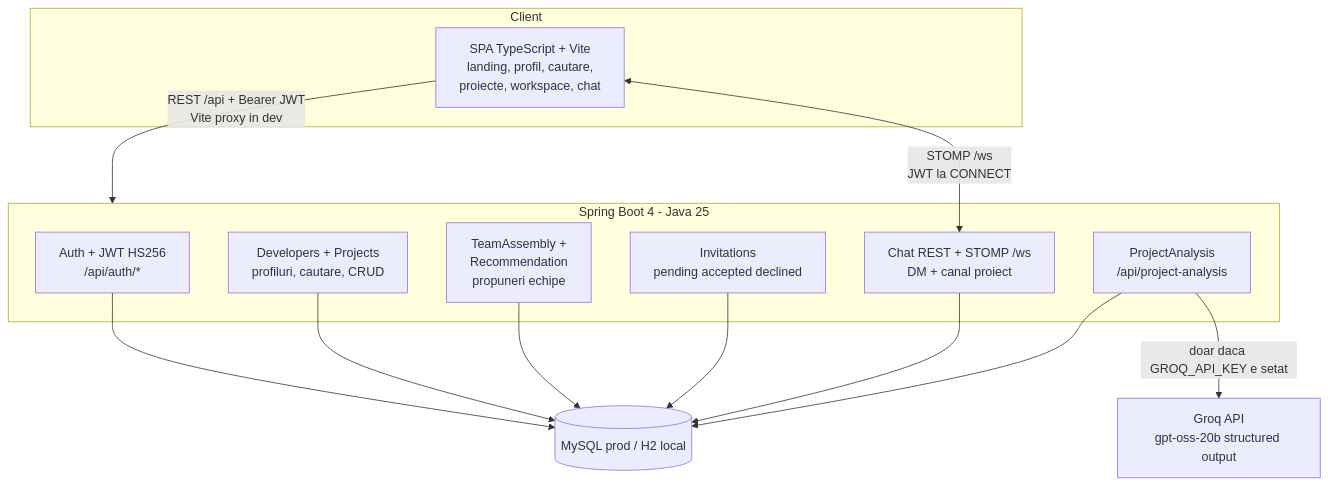
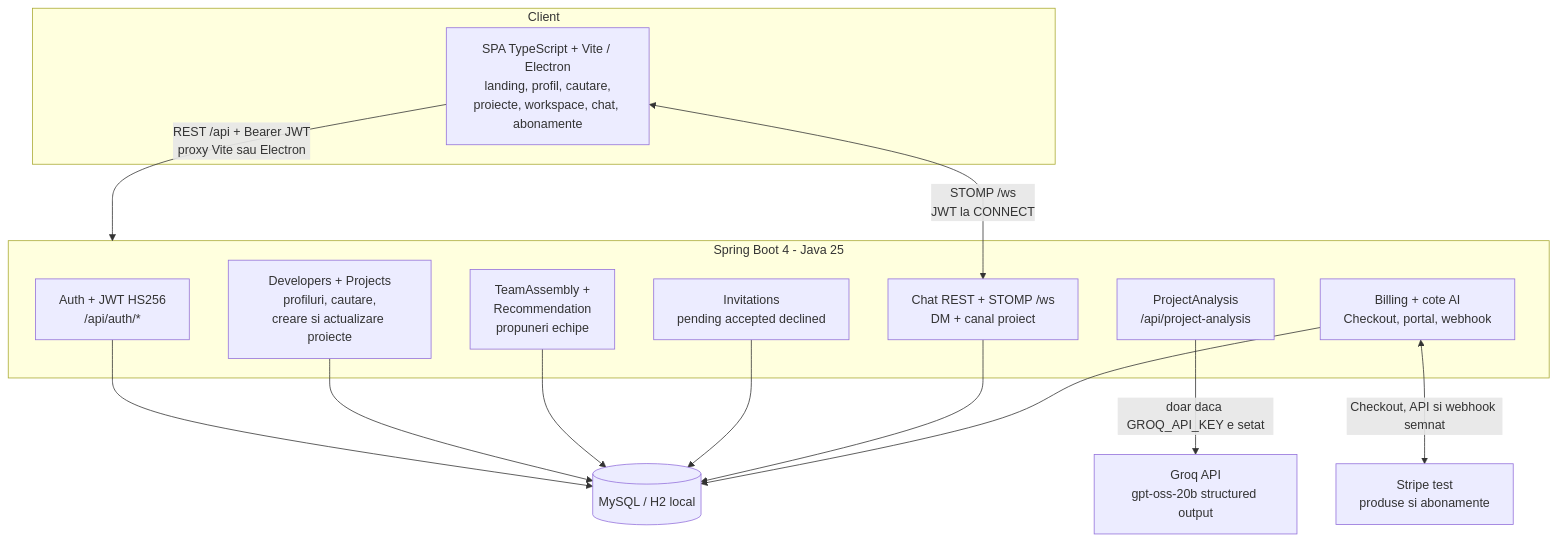
One commit to alexIO275/dotconn changed the first of 2 diagrams in README.md. Above: the diagram before and after it, drawn with Mermaid. The commit also changed other lines of this file and 53 other files, not shown here.

````diff
--- a/README.md
+++ b/README.md
@@ -110,28 +140,31 @@
 ```mermaid
 flowchart TD
   subgraph Client
-    UI[SPA TypeScript + Vite<br/>landing, profil, cautare,<br/>proiecte, workspace, chat]
+    UI[SPA TypeScript + Vite / Electron<br/>landing, profil, cautare,<br/>proiecte, workspace, chat, abonamente]
   end
 
   subgraph Backend[Spring Boot 4 - Java 25]
     Auth[Auth + JWT HS256<br/>/api/auth/*]
-    Profiles[Developers + Projects<br/>profiluri, cautare, CRUD]
+    Profiles[Developers + Projects<br/>profiluri, cautare,<br/>creare si actualizare proiecte]
     Team[TeamAssembly +<br/>Recommendation<br/>propuneri echipe]
     Inv[Invitations<br/>pending accepted declined]
     WS[Chat REST + STOMP /ws<br/>DM + canal proiect]
     AI[ProjectAnalysis<br/>/api/project-analysis]
+    Billing[Billing + cote AI<br/>Checkout, portal, webhook]
   end
 
-  DB[(MySQL prod / H2 local)]
+  DB[(MySQL / H2 local)]
   Groq[Groq API<br/>gpt-oss-20b structured output]
+  Stripe[Stripe test<br/>produse si abonamente]
 
-  UI -->|REST /api + Bearer JWT<br/>Vite proxy in dev| Backend
+  UI -->|REST /api + Bearer JWT<br/>proxy Vite sau Electron| Backend
   UI <-->|STOMP /ws<br/>JWT la CONNECT| WS
   Auth --> DB
   Profiles --> DB
   Team --> DB
   Inv --> DB
   WS --> DB
   AI -->|doar daca GROQ_API_KEY e setat| Groq
-  AI --> DB
+  Billing --> DB
+  Billing <-->|Checkout, API si webhook semnat| Stripe
 ```
````
